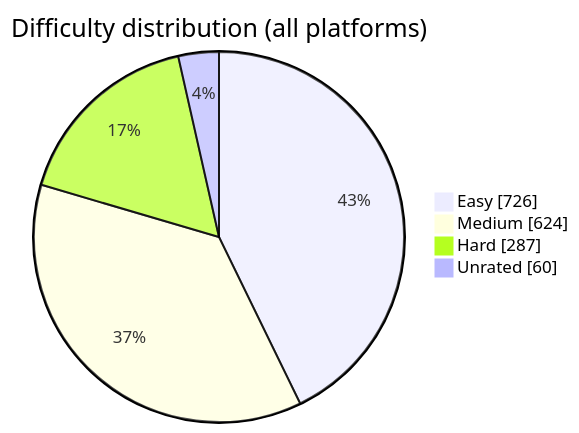
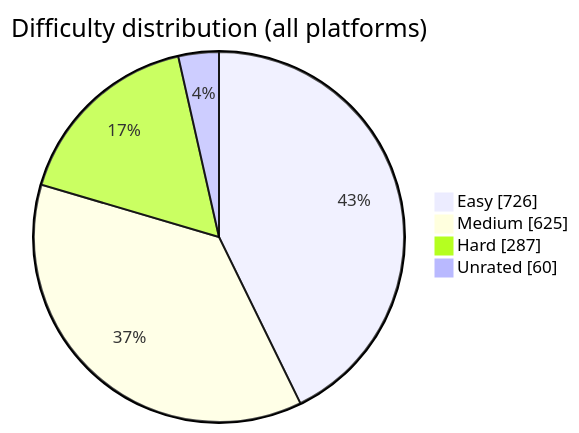
One commit to BuildbyArindam/Daily-Coding-Log changed the diagram in README.md. Above: the diagram before and after it, drawn with Mermaid. The commit also changed other lines of this file, not shown here.

````diff
--- a/README.md
+++ b/README.md
@@ -93,7 +93,7 @@
 ```mermaid
 pie showData title Difficulty distribution (all platforms)
     "Easy" : 726
-    "Medium" : 624
+    "Medium" : 625
     "Hard" : 287
     "Unrated" : 60
 ```
````
